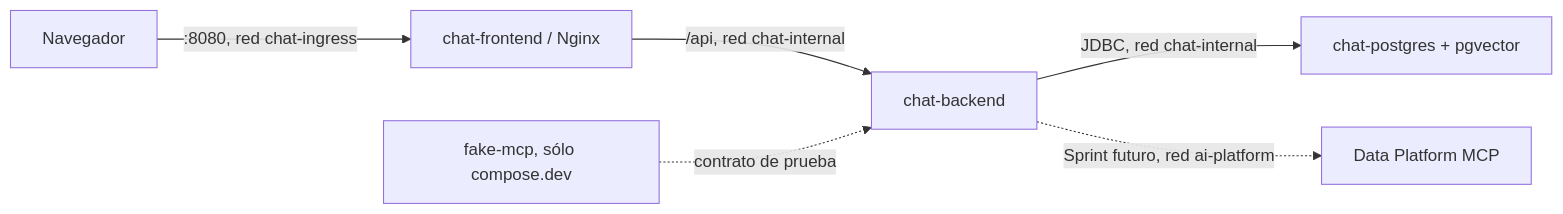
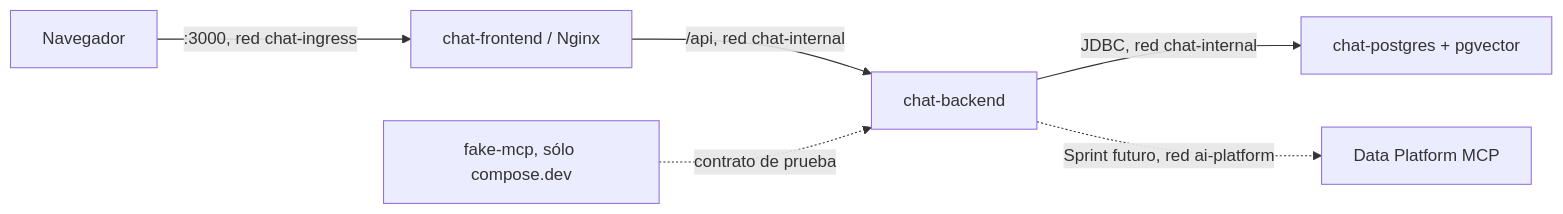
Before and after one commit to 1franky/chat-mcp: the diagram in README.md, drawn with Mermaid. The commit also changed other lines of this file and 73 other files, not shown here.

````diff
--- a/README.md
+++ b/README.md
@@ -15,8 +15,8 @@
 ```mermaid
 flowchart LR
-    U["Navegador"] -->|":8080, red chat-ingress"| F["chat-frontend / Nginx"]
+    U["Navegador"] -->|":3000, red chat-ingress"| F["chat-frontend / Nginx"]
     F -->|"/api, red chat-internal"| B["chat-backend"]
     B -->|"JDBC, red chat-internal"| P["chat-postgres + pgvector"]
     B -.->|"Sprint futuro, red ai-platform"| M["Data Platform MCP"]
     FM["fake-mcp, sólo compose.dev"] -.->|"contrato de prueba"| B
 ```
````
